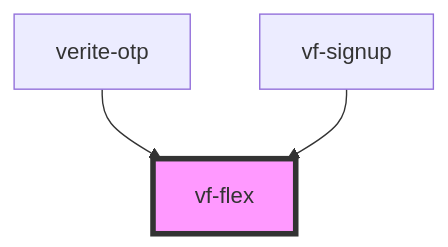
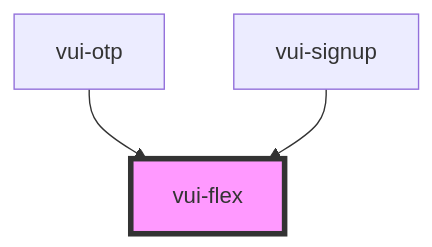
The diagram in packages/stencil-library/src/components/flex/readme.md (verite-team/verite-elements), drawn with Mermaid before and after one commit. The commit also changed other lines of this file and 116 other files, not shown here.

````diff
--- a/packages/stencil-library/src/components/flex/readme.md
+++ b/packages/stencil-library/src/components/flex/readme.md
@@ -29,6 +27,6 @@
 ```mermaid
 graph TD;
-  verite-otp --> vf-flex
-  vf-signup --> vf-flex
-  style vf-flex fill:#f9f,stroke:#333,stroke-width:4px
+  vui-otp --> vui-flex
+  vui-signup --> vui-flex
+  style vui-flex fill:#f9f,stroke:#333,stroke-width:4px
 ```
````
